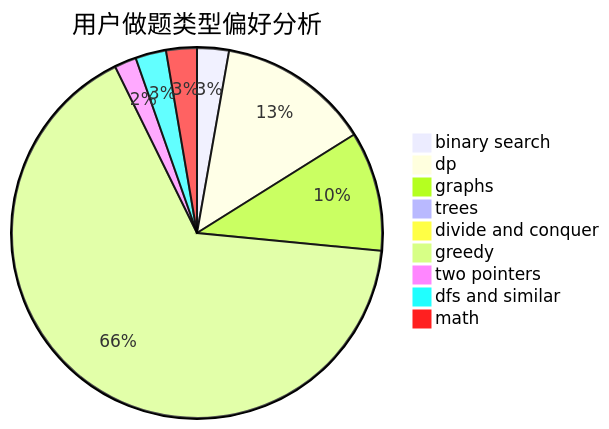
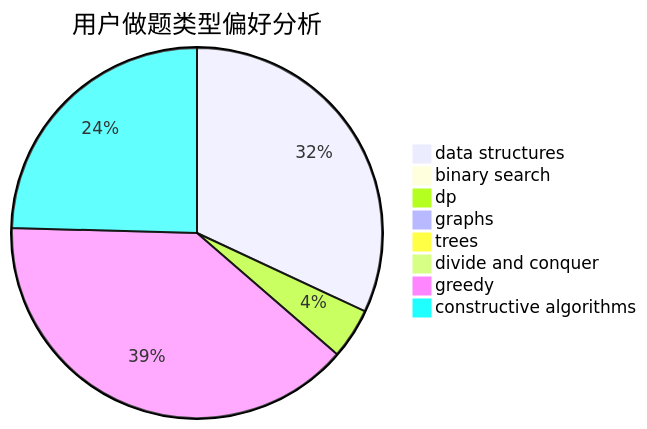
The second of 3 diagrams in docs/user/u2085.md (sherpahu/cfrs.github.io), drawn with Mermaid before and after one commit. The commit also changed other lines of this file and 2775 other files, not shown here.

````diff
--- a/docs/user/u2085.md
+++ b/docs/user/u2085.md
@@ -23,12 +23,11 @@
 ```mermaid
 pie title 用户做题类型偏好分析
-    "binary search" :  29
-    "dp" :  139
-    "graphs" :  109
+    "data structures" :  130
+    "binary search" :  1
+    "dp" :  18
+    "graphs" :  3
     "trees" :  0
-    "divide and conquer" :  5
-    "greedy" :  691
-    "two pointers" :  20
-    "dfs and similar" :  28
-    "math" :  28
+    "divide and conquer" :  0
+    "greedy" :  159
+    "constructive algorithms" :  100
 ```
````
